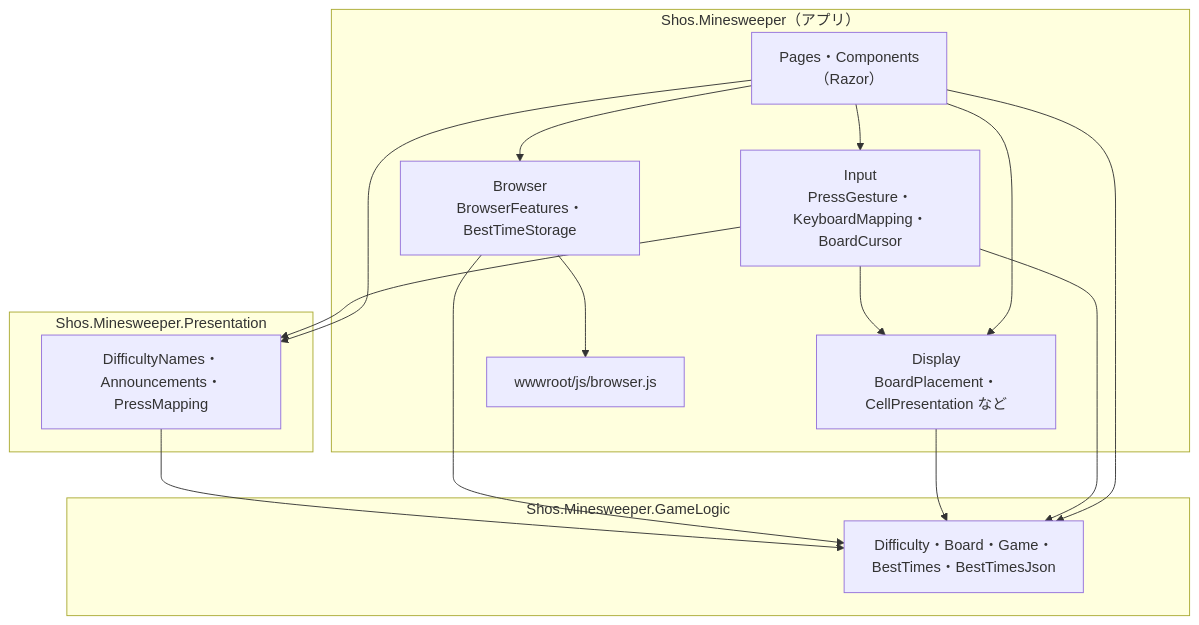
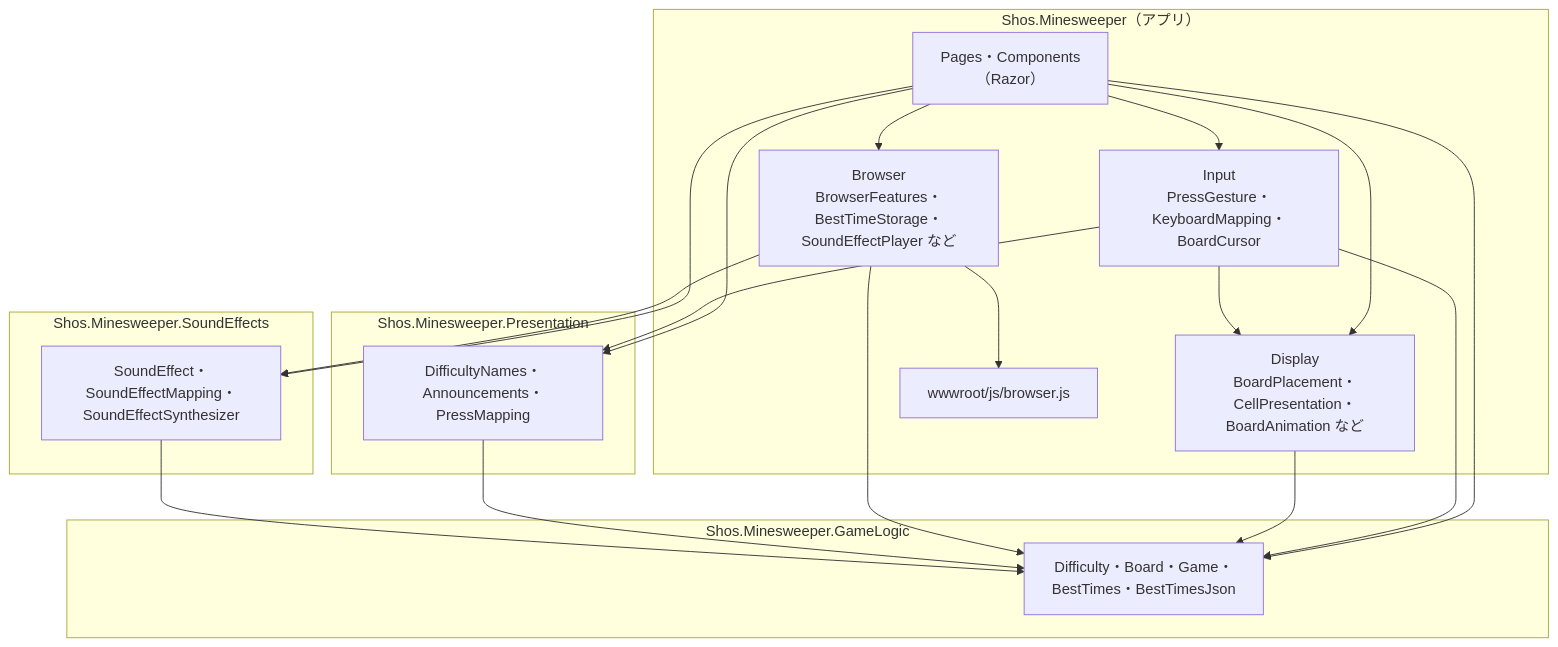
One commit to Fujiwo/Shos.Minesweeper changed the third of 12 diagrams in docs/04-architecture.md. Above: the diagram before and after it, drawn with Mermaid. The commit also changed other lines of this file and 4 other files, not shown here.

````diff
--- a/docs/04-architecture.md
+++ b/docs/04-architecture.md
@@ -136,28 +175,34 @@
 ```mermaid
 flowchart TB
     subgraph AppProject["Shos.Minesweeper（アプリ）"]
         Components["Pages・Components<br/>（Razor）"]
         Input["Input<br/>PressGesture・KeyboardMapping・BoardCursor"]
-        Display["Display<br/>BoardPlacement・CellPresentation など"]
-        BrowserFolder["Browser<br/>BrowserFeatures・BestTimeStorage"]
+        Display["Display<br/>BoardPlacement・CellPresentation・BoardAnimation など"]
+        BrowserFolder["Browser<br/>BrowserFeatures・BestTimeStorage・SoundEffectPlayer など"]
         Js["wwwroot/js/browser.js"]
     end
     subgraph PresentationProject["Shos.Minesweeper.Presentation"]
         Shared["DifficultyNames・Announcements・PressMapping"]
+    end
+    subgraph SoundEffectsProject["Shos.Minesweeper.SoundEffects"]
+        Sound["SoundEffect・SoundEffectMapping・SoundEffectSynthesizer"]
     end
     subgraph GameLogicProject["Shos.Minesweeper.GameLogic"]
         Logic["Difficulty・Board・Game・BestTimes・BestTimesJson"]
     end
     Components --> Input
     Components --> Display
     Components --> BrowserFolder
     Components --> Shared
+    Components --> Sound
     Components --> Logic
     Input --> Shared
     Input --> Logic
     Input --> Display
     Display --> Logic
     BrowserFolder --> Logic
+    BrowserFolder --> Sound
     BrowserFolder --> Js
     Shared --> Logic
+    Sound --> Logic
 ```
````
